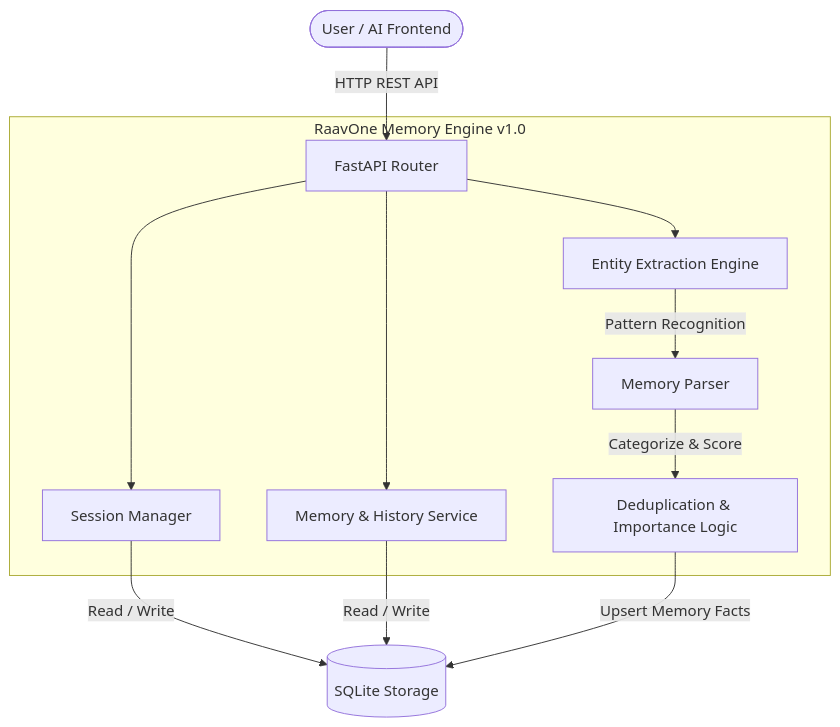
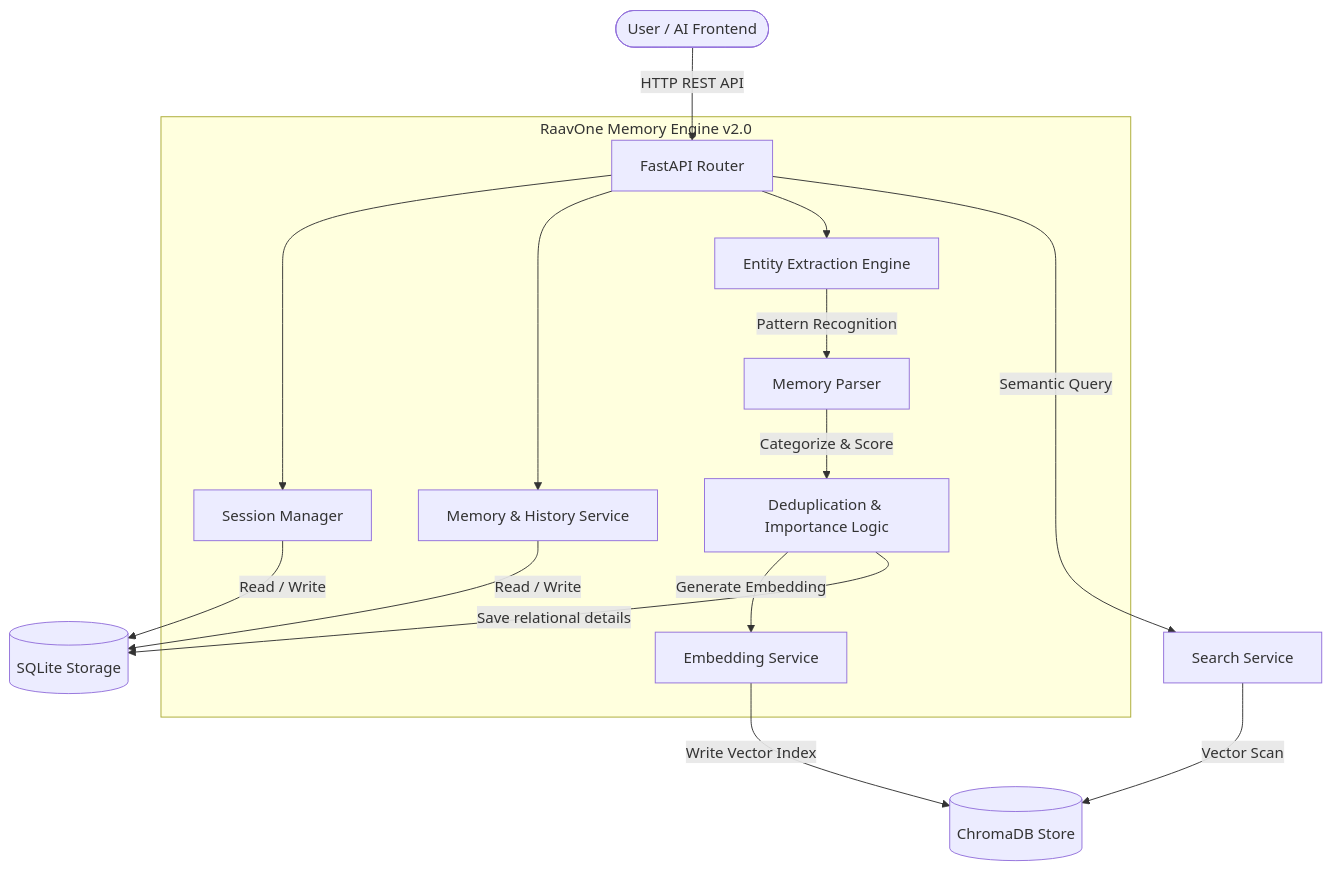
The first of 3 diagrams in README.md (mogesh-developer/RaavOne-Memory), drawn with Mermaid before and after one commit. The commit also changed other lines of this file, not shown here.

Commit message:
docs: Update README.md to v2.0 describing ChromaDB and Semantic Retrieval Engine

````diff
--- a/README.md
+++ b/README.md
@@ -58,17 +61,21 @@
 ```mermaid
 graph TD
     User([User / AI Frontend]) -->|HTTP REST API| Gateway[FastAPI Router]
     
-    subgraph "RaavOne Memory Engine v1.0"
+    subgraph "RaavOne Memory Engine v2.0"
         Gateway --> SessionService[Session Manager]
         Gateway --> MemoryService[Memory & History Service]
         Gateway --> ExtractService[Entity Extraction Engine]
         
         ExtractService -->|Pattern Recognition| Extractor[Memory Parser]
         Extractor -->|Categorize & Score| Logic[Deduplication & Importance Logic]
+        Logic -->|Generate Embedding| EmbedService[Embedding Service]
     end
 
     SessionService -->|Read / Write| DB[(SQLite Storage)]
     MemoryService -->|Read / Write| DB
-    Logic -->|Upsert Memory Facts| DB
+    Logic -->|Save relational details| DB
+    EmbedService -->|Write Vector Index| Chroma[(ChromaDB Store)]
+    Gateway -->|Semantic Query| SearchService[Search Service]
+    SearchService -->|Vector Scan| Chroma
 ```
````
